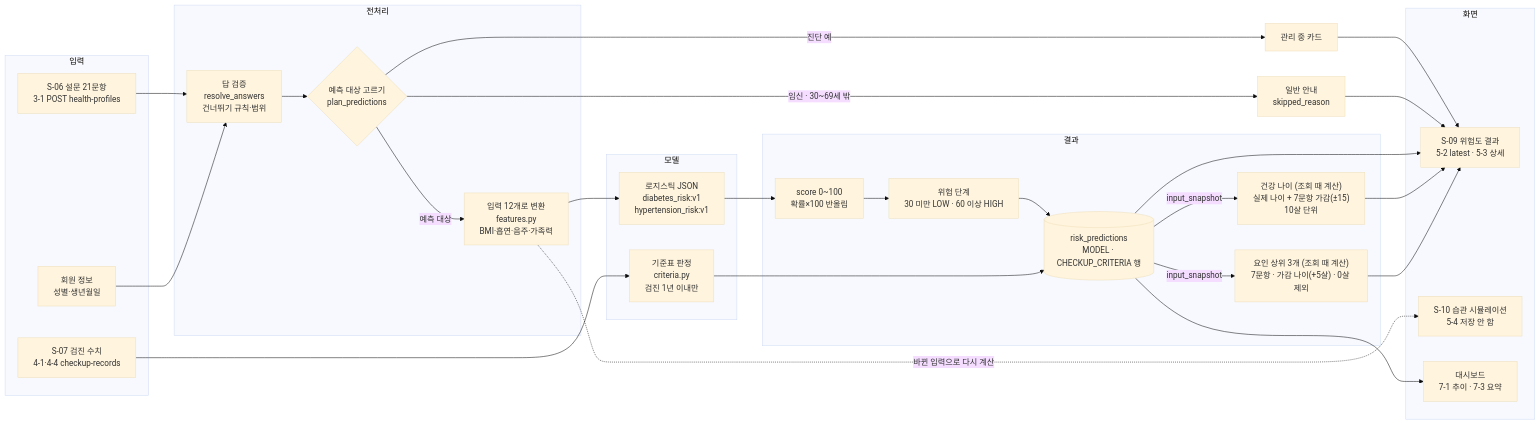
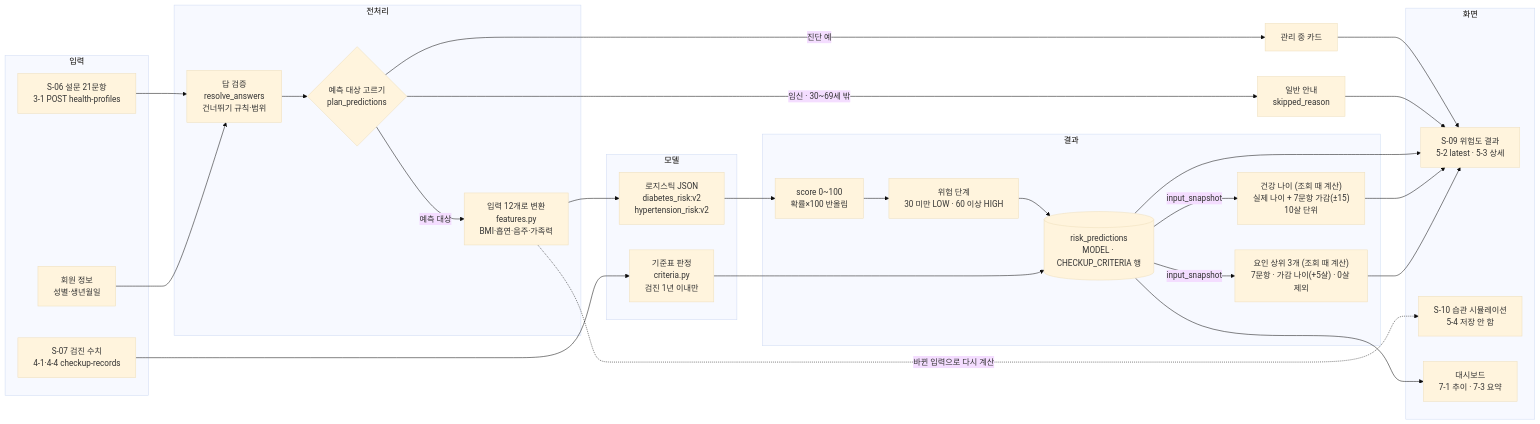
Before and after one commit to AI-HealthCare-07/pair2care: the diagram in docs/prediction-pipeline.md, drawn with Mermaid (base theme). The commit also changed 6 other files, not shown here.

````diff
--- a/docs/prediction-pipeline.md
+++ b/docs/prediction-pipeline.md
@@ -7,52 +7,52 @@
 ```mermaid
 flowchart LR
     subgraph G1["입력"]
         A["S-06 설문 21문항<br/>3-1 POST health-profiles"]
         B["S-07 검진 수치<br/>4-1·4-4 checkup-records"]
         U["회원 정보<br/>성별·생년월일"]
     end
 
     subgraph G2["전처리"]
         V["답 검증<br/>resolve_answers<br/>건너뛰기 규칙·범위"]
         PL{"예측 대상 고르기<br/>plan_predictions"}
         F["입력 12개로 변환<br/>features.py<br/>BMI·흡연·음주·가족력"]
     end
 
     subgraph G3["모델"]
-        M["로지스틱 JSON<br/>diabetes_risk:v1<br/>hypertension_risk:v1"]
+        M["로지스틱 JSON<br/>diabetes_risk:v2<br/>hypertension_risk:v2"]
         C["기준표 판정<br/>criteria.py<br/>검진 1년 이내만"]
     end
 
     subgraph G4["결과"]
         S["score 0~100<br/>확률×100 반올림"]
         L["위험 단계<br/>30 미만 LOW · 60 이상 HIGH"]
         FA["요인 상위 3개 (조회 때 계산)<br/>7문항 · 가감 나이(+5살) · 0살 제외"]
         HA["건강 나이 (조회 때 계산)<br/>실제 나이 + 7문항 가감(±15)<br/>10살 단위"]
         DB[("risk_predictions<br/>MODEL · CHECKUP_CRITERIA 행")]
     end
 
     subgraph G5["화면"]
         S09["S-09 위험도 결과<br/>5-2 latest · 5-3 상세"]
         S10["S-10 습관 시뮬레이션<br/>5-4 저장 안 함"]
         D["대시보드<br/>7-1 추이 · 7-3 요약"]
     end
 
     A --> V
     U --> V
     V --> PL
     PL -- "진단 예" --> MG["관리 중 카드"]
     PL -- "임신 · 30~69세 밖" --> SK["일반 안내<br/>skipped_reason"]
     PL -- "예측 대상" --> F
     F --> M
     B --> C
     M --> S --> L
     L --> DB
     C --> DB
     MG --> S09
     SK --> S09
     DB --> S09
     DB -- "input_snapshot" --> HA --> S09
     DB -- "input_snapshot" --> FA --> S09
     DB --> D
     F -. "바뀐 입력으로 다시 계산" .-> S10
 ```
````
